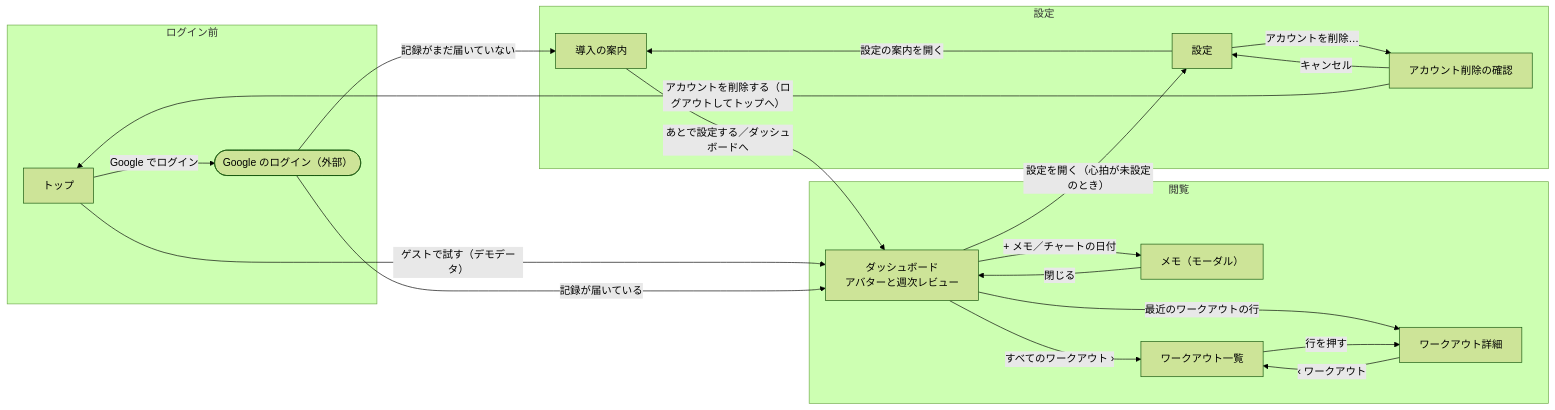
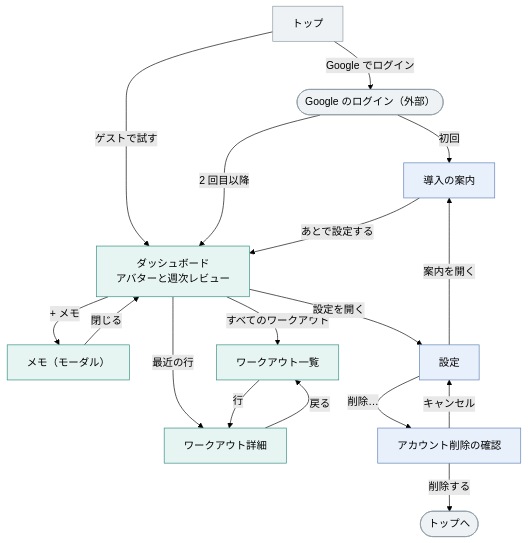
One commit to d-station-grid/loadline changed the diagram in docs/screen-transition.md. Above: the diagram before and after it, drawn with Mermaid (forest theme). The commit also changed other lines of this file, not shown here.

Commit message:
画面遷移図が GitHub で読める大きさになるよう、縦の向きにして矢印の文字を短くし、補足を図の下に回す

````diff
--- a/docs/screen-transition.md
+++ b/docs/screen-transition.md
@@ -5,39 +5,39 @@
 ```mermaid
-flowchart LR
-  subgraph before["ログイン前"]
-    top["トップ"]
-    google(["Google のログイン（外部）"])
-  end
-
-  subgraph setup["設定"]
-    guide["導入の案内"]
-    settings["設定"]
-    confirm["アカウント削除の確認"]
-  end
-
-  subgraph view["閲覧"]
-    dashboard["ダッシュボード<br>アバターと週次レビュー"]
-    note["メモ（モーダル）"]
-    workouts["ワークアウト一覧"]
-    workout["ワークアウト詳細"]
-  end
+flowchart TD
+  top["トップ"]
+  google(["Google のログイン（外部）"])
+  guide["導入の案内"]
+  dashboard["ダッシュボード<br>アバターと週次レビュー"]
+  note["メモ（モーダル）"]
+  workouts["ワークアウト一覧"]
+  workout["ワークアウト詳細"]
+  settings["設定"]
+  confirm["アカウント削除の確認"]
+  bye(["トップへ"])
 
   top -->|"Google でログイン"| google
-  top -->|"ゲストで試す（デモデータ）"| dashboard
-  google -->|"記録がまだ届いていない"| guide
-  google -->|"記録が届いている"| dashboard
+  top -->|"ゲストで試す"| dashboard
+  google -->|"初回"| guide
+  google -->|"2 回目以降"| dashboard
+  guide -->|"あとで設定する"| dashboard
 
-  guide -->|"あとで設定する／ダッシュボードへ"| dashboard
-  settings -->|"設定の案内を開く"| guide
-  settings -->|"アカウントを削除…"| confirm
+  dashboard -->|"+ メモ"| note
+  note -->|"閉じる"| dashboard
+  dashboard -->|"すべてのワークアウト"| workouts
+  dashboard -->|"最近の行"| workout
+  workouts -->|"行"| workout
+  workout -->|"戻る"| workouts
+
+  dashboard -->|"設定を開く"| settings
+  settings -->|"案内を開く"| guide
+  settings -->|"削除…"| confirm
   confirm -->|"キャンセル"| settings
-  confirm -->|"アカウントを削除する（ログアウトしてトップへ）"| top
+  confirm -->|"削除する"| bye
 
-  dashboard -->|"+ メモ／チャートの日付"| note
-  note -->|"閉じる"| dashboard
-  dashboard -->|"すべてのワークアウト ›"| workouts
-  dashboard -->|"最近のワークアウトの行"| workout
-  dashboard -->|"設定を開く（心拍が未設定のとき）"| settings
-  workouts -->|"行を押す"| workout
-  workout -->|"‹ ワークアウト"| workouts
+  classDef before fill:#eef2f4,stroke:#8a9aa3
+  classDef setup fill:#e8f0fb,stroke:#5b7fb5
+  classDef view fill:#e6f4f2,stroke:#2f8a80
+  class top,google,bye before
+  class guide,settings,confirm setup
+  class dashboard,note,workouts,workout view
 ```
````
